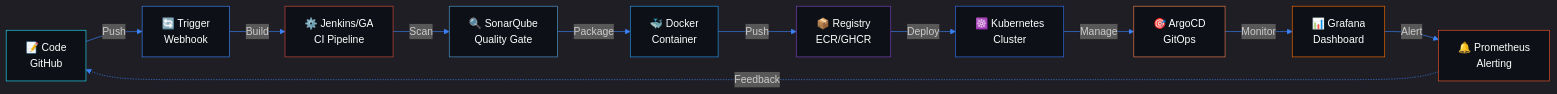
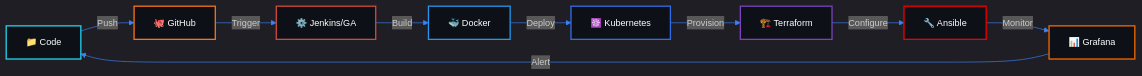
One commit to DevPawanx/DevPawanx changed the first of 2 diagrams in README.md. Above: the diagram before and after it, drawn with Mermaid. The commit also changed other lines of this file, not shown here.

````diff
--- a/README.md
+++ b/README.md
@@ -452,25 +183,21 @@
 ```mermaid
-%%{init: {'theme': 'dark', 'themeVariables': { 'primaryColor': '#0d1117', 'primaryTextColor': '#22d3ee', 'primaryBorderColor': '#22d3ee', 'lineColor': '#3b82f6', 'secondaryColor': '#111827', 'tertiaryColor': '#0f172a', 'fontFamily': 'JetBrains Mono'}}}%%
+%%{init: {'theme': 'dark', 'themeVariables': { 'primaryColor': '#0ea5e9', 'primaryTextColor': '#ffffff', 'primaryBorderColor': '#22d3ee', 'lineColor': '#3b82f6', 'secondaryColor': '#111827', 'tertiaryColor': '#0d1117', 'fontFamily': 'Fira Code', 'fontSize': '14px'}}}%%
 graph LR
-    A["📝 Code<br/>GitHub"] -->|Push| B["🔄 Trigger<br/>Webhook"]
-    B -->|Build| C["⚙️ Jenkins/GA<br/>CI Pipeline"]
-    C -->|Scan| D["🔍 SonarQube<br/>Quality Gate"]
-    D -->|Package| E["🐳 Docker<br/>Container"]
-    E -->|Push| F["📦 Registry<br/>ECR/GHCR"]
-    F -->|Deploy| G["☸️ Kubernetes<br/>Cluster"]
-    G -->|Manage| H["🎯 ArgoCD<br/>GitOps"]
-    H -->|Monitor| I["📊 Grafana<br/>Dashboard"]
-    I -->|Alert| J["🔔 Prometheus<br/>Alerting"]
-    J -.->|Feedback| A
-    
-    style A fill:#0d1117,stroke:#22d3ee,color:#fff
-    style B fill:#0d1117,stroke:#3b82f6,color:#fff
-    style C fill:#0d1117,stroke:#D24939,color:#fff
-    style D fill:#0d1117,stroke:#4E9BCD,color:#fff
-    style E fill:#0d1117,stroke:#2496ED,color:#fff
-    style F fill:#0d1117,stroke:#7B42BC,color:#fff
-    style G fill:#0d1117,stroke:#326CE5,color:#fff
-    style H fill:#0d1117,stroke:#EF7B4D,color:#fff
-    style I fill:#0d1117,stroke:#F46800,color:#fff
-    style J fill:#0d1117,stroke:#E6522C,color:#fff
+    A[📁 Code] -->|Push| B[🐙 GitHub]
+    B -->|Trigger| C[⚙️ Jenkins/GA]
+    C -->|Build| D[🐳 Docker]
+    D -->|Deploy| E[☸️ Kubernetes]
+    E -->|Provision| F[🏗️ Terraform]
+    F -->|Configure| G[🔧 Ansible]
+    G -->|Monitor| H[📊 Grafana]
+    H -->|Alert| A
+
+    style A fill:#0d1117,stroke:#22d3ee,stroke-width:2px,color:#fff
+    style B fill:#0d1117,stroke:#f97316,stroke-width:2px,color:#fff
+    style C fill:#0d1117,stroke:#D24939,stroke-width:2px,color:#fff
+    style D fill:#0d1117,stroke:#2496ED,stroke-width:2px,color:#fff
+    style E fill:#0d1117,stroke:#326CE5,stroke-width:2px,color:#fff
+    style F fill:#0d1117,stroke:#7B42BC,stroke-width:2px,color:#fff
+    style G fill:#0d1117,stroke:#EE0000,stroke-width:2px,color:#fff
+    style H fill:#0d1117,stroke:#F46800,stroke-width:2px,color:#fff
 ```
````
